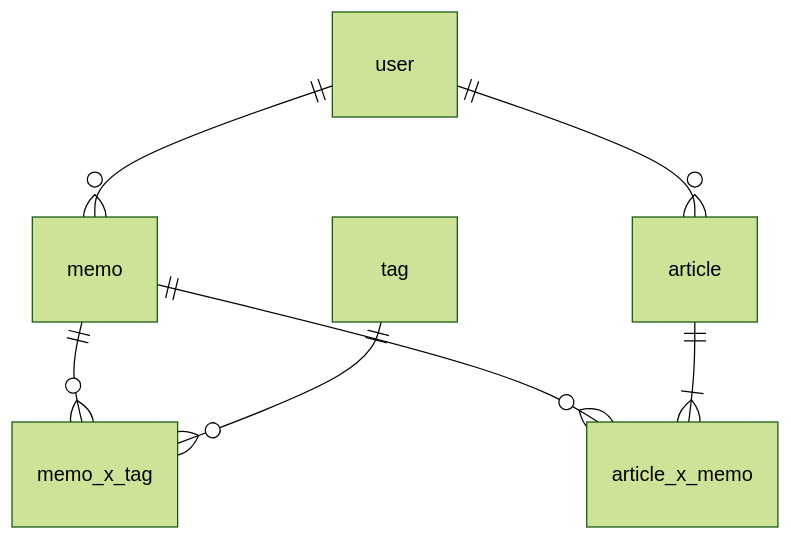
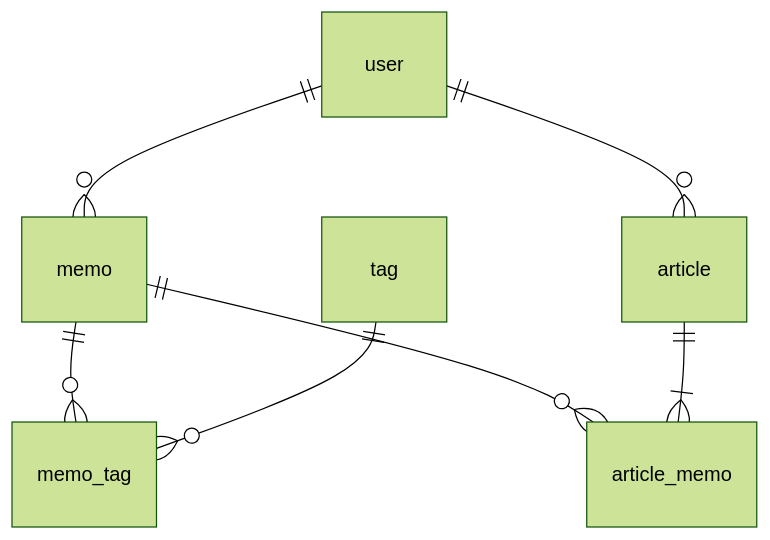
The diagram in doc/databse.md (joyrswd/memodoc), drawn with Mermaid (forest theme) before and after one commit. The commit also changed other lines of this file and 18 other files, not shown here.

````diff
--- a/doc/databse.md
+++ b/doc/databse.md
@@ -2,28 +2,28 @@
 ```Mermaid
 erDiagram
 
 user {
 }
 
 memo {
 }
 
 tag {
 }
 
 article {
 }
 
-memo_x_tag {
+memo_tag {
 }
 
-article_x_memo {
+article_memo {
 }
 
 user ||--o{ memo : ""
 user ||--o{ article : ""
-memo ||--o{ memo_x_tag : ""
-tag ||--o{ memo_x_tag : ""
-memo ||--o{ article_x_memo : ""
-article ||--|{ article_x_memo : ""
+memo ||--o{ memo_tag : ""
+tag ||--o{ memo_tag : ""
+memo ||--o{ article_memo : ""
+article ||--|{ article_memo : ""
 ```
````
